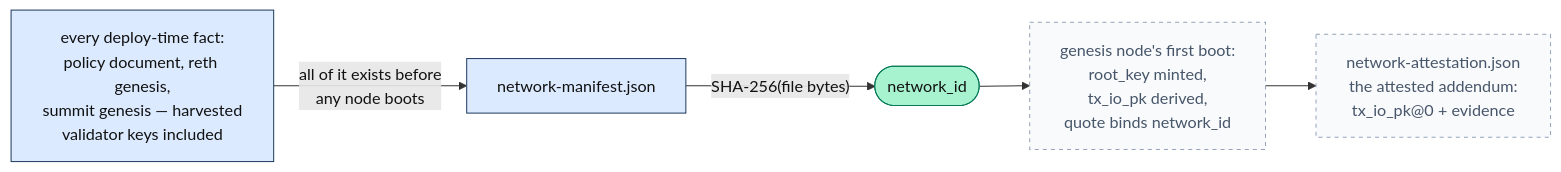
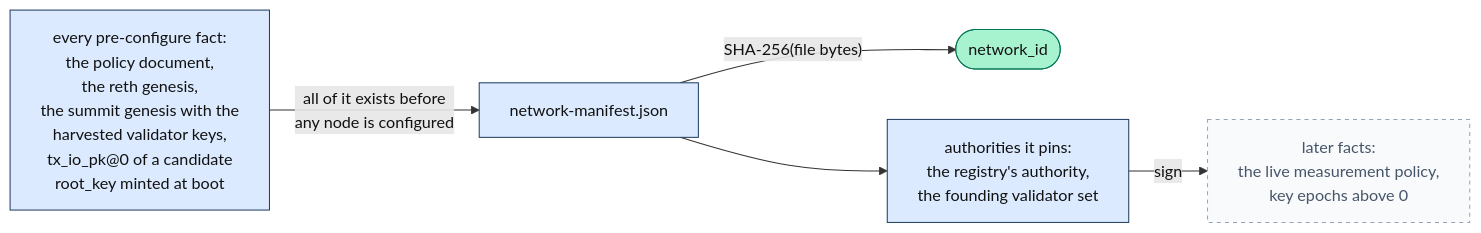
One commit to SeismicSystems/seismic changed the second of 2 diagrams in docs/tee/network-manifest.md. Above: the diagram before and after it, drawn with Mermaid. The commit also changed other lines of this file and 8 other files, not shown here.

First line of the commit message:
docs(tee): record the root-key commitment decision and correct the TEE docs

````diff
--- a/docs/tee/network-manifest.md
+++ b/docs/tee/network-manifest.md
@@ -349,17 +348,17 @@
 ```mermaid
 flowchart LR
-    PRE["every deploy-time fact:<br/>policy document, reth genesis,<br/>summit genesis — harvested<br/>validator keys included"]
+    PRE["every pre-configure fact:<br/>the policy document,<br/>the reth genesis,<br/>the summit genesis with the<br/>harvested validator keys,<br/>tx_io_pk@0 of a candidate<br/>root_key minted at boot"]
     M["network-manifest.json"]
     NID(["network_id"])
-    B["genesis node's first boot:<br/>root_key minted,<br/>tx_io_pk derived,<br/>quote binds network_id"]
-    AD["network-attestation.json<br/>the attested addendum:<br/>tx_io_pk@0 + evidence"]
-    PRE -->|"all of it exists before<br/>any node boots"| M
+    AUTH["authorities it pins:<br/>the registry's authority,<br/>the founding validator set"]
+    LATER["later facts:<br/>the live measurement policy,<br/>key epochs above 0"]
+    PRE -->|"all of it exists before<br/>any node is configured"| M
     M -->|"SHA-256(file bytes)"| NID
-    NID --> B --> AD
+    M --> AUTH -->|"sign"| LATER
     classDef pinned fill:#dbeafe,stroke:#1e3a5f,color:#111;
     classDef root fill:#a7f3d0,stroke:#047857,color:#111;
     classDef later fill:#f8fafc,stroke:#94a3b8,stroke-dasharray:4,color:#475569;
-    class PRE,M pinned;
+    class PRE,M,AUTH pinned;
     class NID root;
-    class B,AD later;
+    class LATER later;
 ```
````
